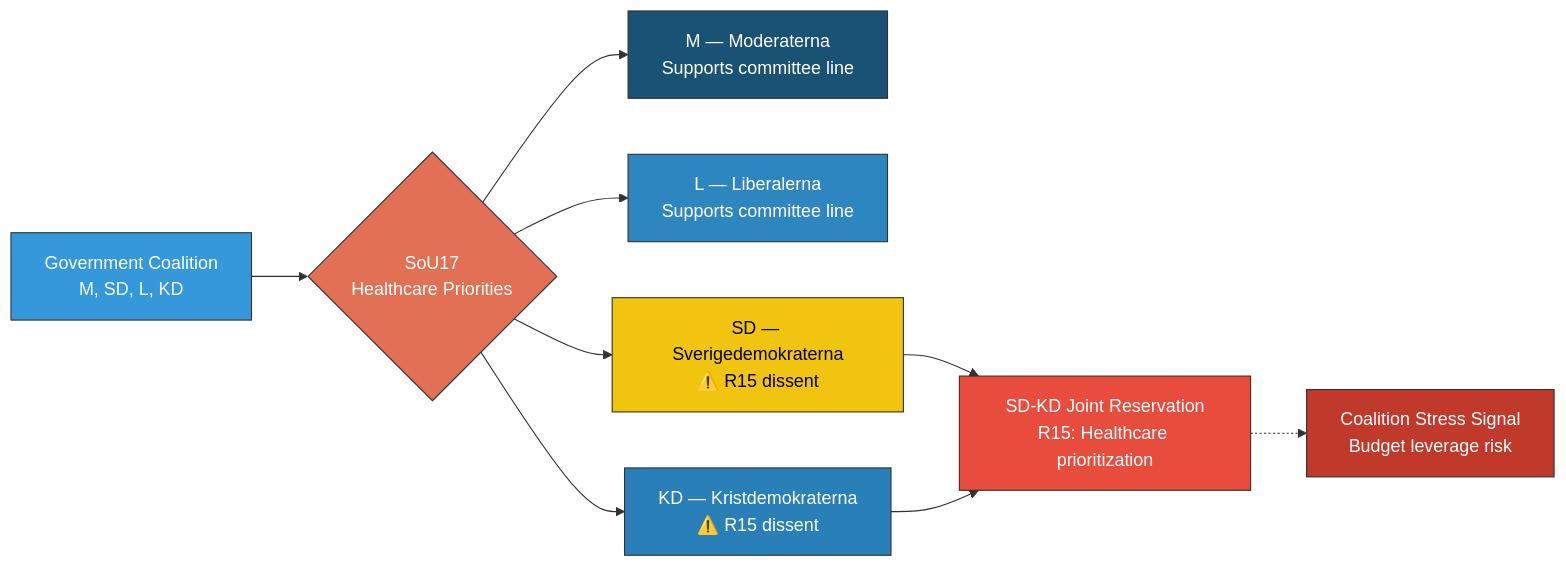
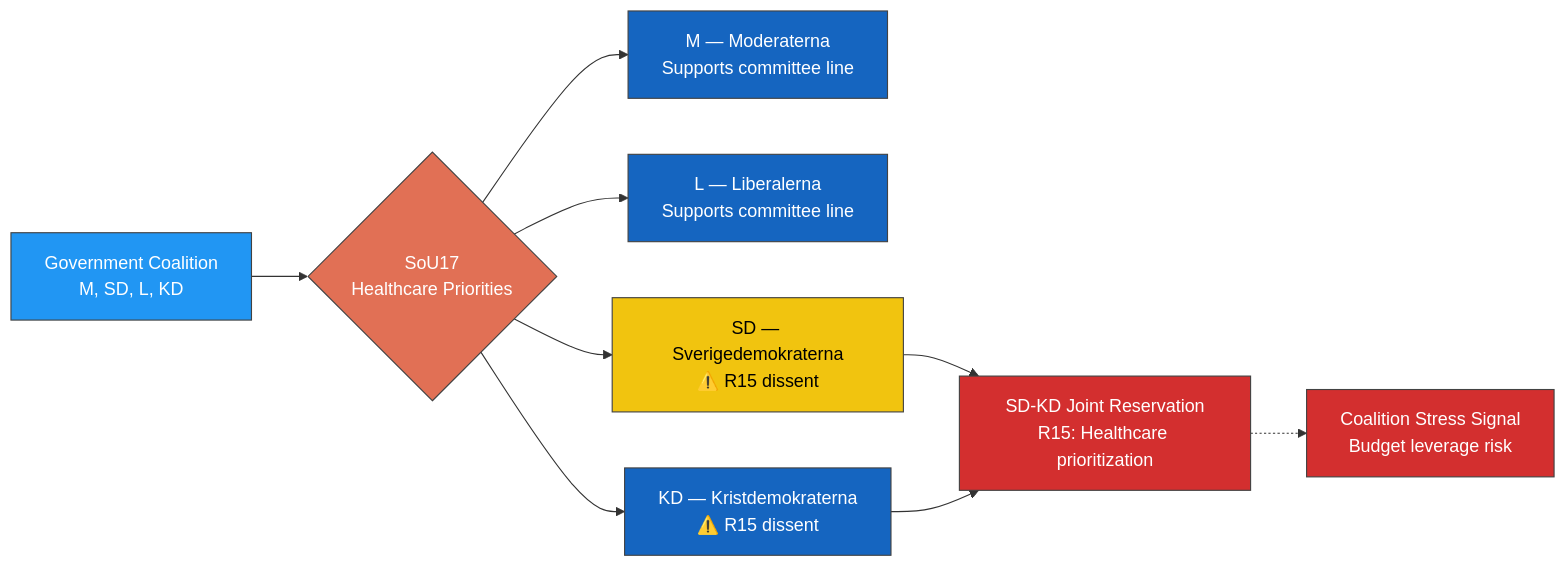
Before and after one commit to Hack23/riksdagsmonitor: the diagram in analysis/daily/2026-04-01/committeeReports/documents/hd01sou17-analysis.md, drawn with Mermaid. The commit also changed 785 other files, not shown here.

First line of the commit message:
Normalize mermaid colors across 786 analysis artifacts to ISMS Style Guide palette

````diff
--- a/analysis/daily/2026-04-01/committeeReports/documents/hd01sou17-analysis.md
+++ b/analysis/daily/2026-04-01/committeeReports/documents/hd01sou17-analysis.md
@@ -63,20 +63,20 @@
 ```mermaid
 flowchart LR
     A[Government Coalition<br/>M, SD, L, KD]:::coalition --> B{SoU17<br/>Healthcare Priorities}:::committee
     B --> C[M — Moderaterna<br/>Supports committee line]:::mParty
     B --> D[L — Liberalerna<br/>Supports committee line]:::lParty
     B --> E[SD — Sverigedemokraterna<br/>⚠️ R15 dissent]:::sdParty
     B --> F[KD — Kristdemokraterna<br/>⚠️ R15 dissent]:::kdParty
     
     E & F --> G[SD-KD Joint Reservation<br/>R15: Healthcare prioritization]:::dissent
     G -.-> H[Coalition Stress Signal<br/>Budget leverage risk]:::risk
     
-    classDef coalition fill:#3498db,stroke:#333,color:#fff
-    classDef committee fill:#e17055,stroke:#333,color:#fff
-    classDef mParty fill:#1a5276,stroke:#333,color:#fff
-    classDef lParty fill:#2e86c1,stroke:#333,color:#fff
-    classDef sdParty fill:#f1c40f,stroke:#333,color:#000
-    classDef kdParty fill:#2980b9,stroke:#333,color:#fff
-    classDef dissent fill:#e74c3c,stroke:#333,color:#fff
-    classDef risk fill:#c0392b,stroke:#333,color:#fff
+    classDef coalition fill:#2196F3,stroke:#424242,color:#FFFFFF
+    classDef committee fill:#e17055,stroke:#424242,color:#FFFFFF
+    classDef mParty fill:#1565C0,stroke:#424242,color:#FFFFFF
+    classDef lParty fill:#1565C0,stroke:#424242,color:#FFFFFF
+    classDef sdParty fill:#f1c40f,stroke:#424242,color:#000000
+    classDef kdParty fill:#1565C0,stroke:#424242,color:#FFFFFF
+    classDef dissent fill:#D32F2F,stroke:#424242,color:#FFFFFF
+    classDef risk fill:#D32F2F,stroke:#424242,color:#FFFFFF
 ```
````
